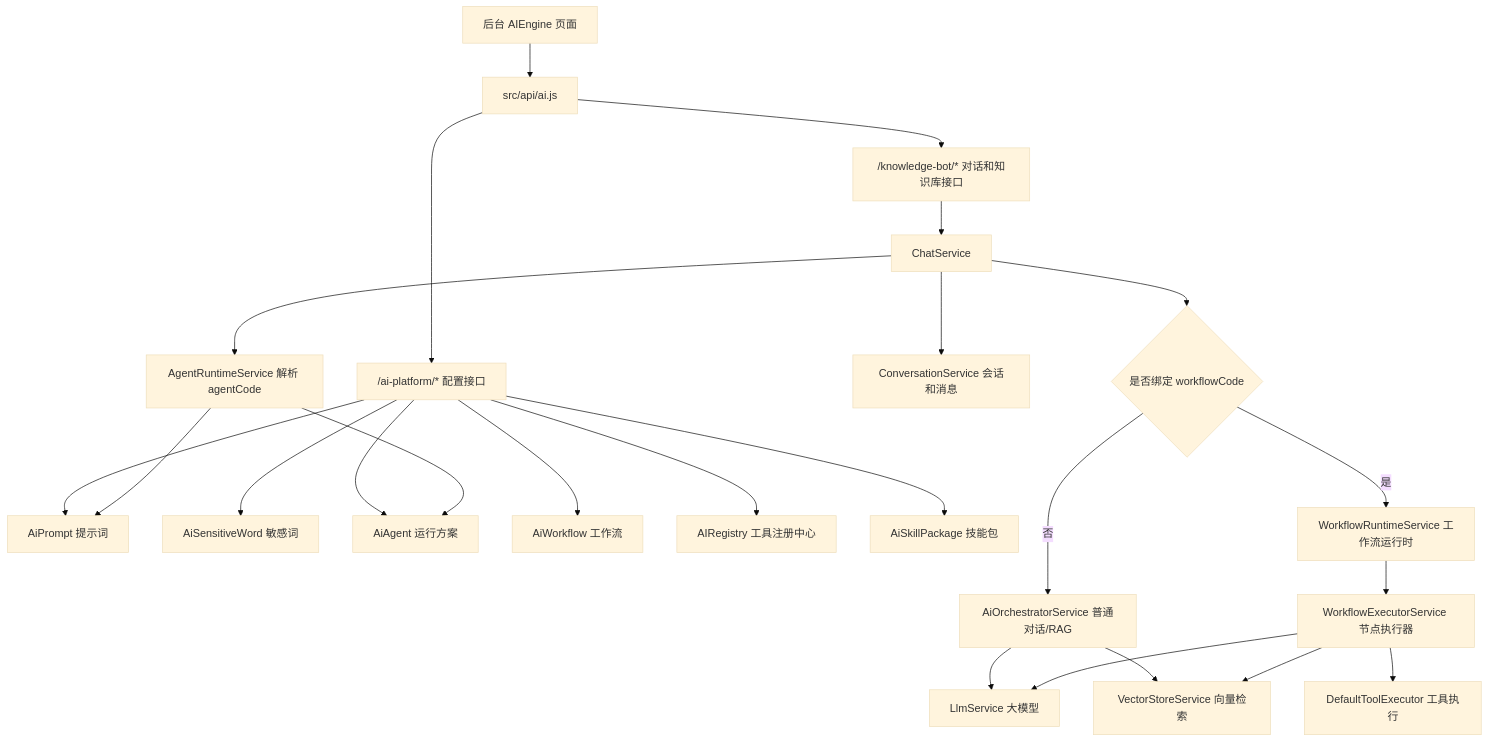
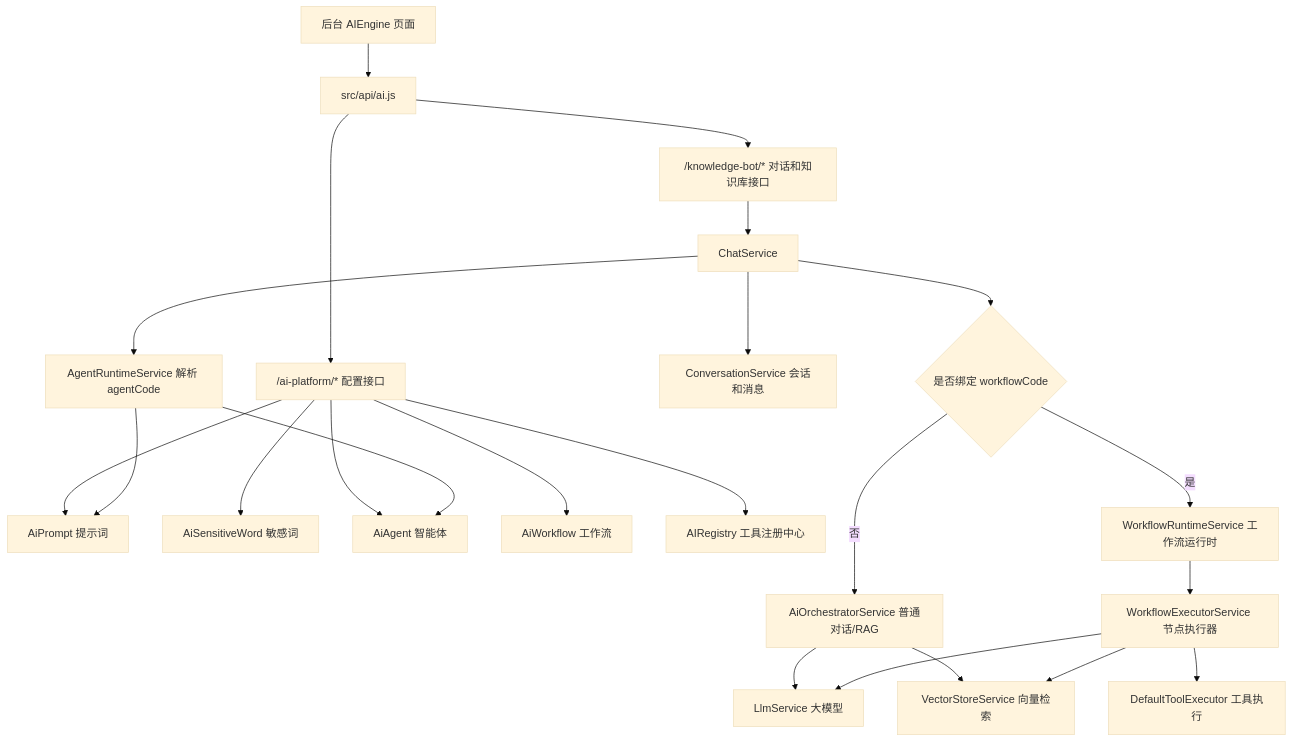
One commit to xuqiang12/nestjs-prisma changed the first of 9 diagrams in doc/code/AIEngine/ai-flow-guide.md. Above: the diagram before and after it, drawn with Mermaid (base theme). The commit also changed other lines of this file and 11 other files, not shown here.

````diff
--- a/doc/code/AIEngine/ai-flow-guide.md
+++ b/doc/code/AIEngine/ai-flow-guide.md
@@ -22,28 +22,27 @@
 ```mermaid
 flowchart TD
   UI["后台 AIEngine 页面"] --> API["src/api/ai.js"]
   API --> ConfigApi["/ai-platform/* 配置接口"]
   API --> ChatApi["/knowledge-bot/* 对话和知识库接口"]
 
   ConfigApi --> Prompt["AiPrompt 提示词"]
   ConfigApi --> Sensitive["AiSensitiveWord 敏感词"]
-  ConfigApi --> Agent["AiAgent 运行方案"]
+  ConfigApi --> Agent["AiAgent 智能体"]
   ConfigApi --> Workflow["AiWorkflow 工作流"]
   ConfigApi --> Tool["AIRegistry 工具注册中心"]
-  ConfigApi --> Skill["AiSkillPackage 技能包"]
 
   ChatApi --> ChatService["ChatService"]
   ChatService --> AgentRuntime["AgentRuntimeService 解析 agentCode"]
   AgentRuntime --> Agent
   AgentRuntime --> Prompt
   ChatService --> Conversation["ConversationService 会话和消息"]
   ChatService --> DirectOrWorkflow{"是否绑定 workflowCode"}
   DirectOrWorkflow -- "否" --> Orchestrator["AiOrchestratorService 普通对话/RAG"]
   DirectOrWorkflow -- "是" --> WorkflowRuntime["WorkflowRuntimeService 工作流运行时"]
   Orchestrator --> LLM["LlmService 大模型"]
   Orchestrator --> Vector["VectorStoreService 向量检索"]
   WorkflowRuntime --> Executor["WorkflowExecutorService 节点执行器"]
   Executor --> LLM
   Executor --> Vector
   Executor --> ToolExecutor["DefaultToolExecutor 工具执行"]
 ```
````
